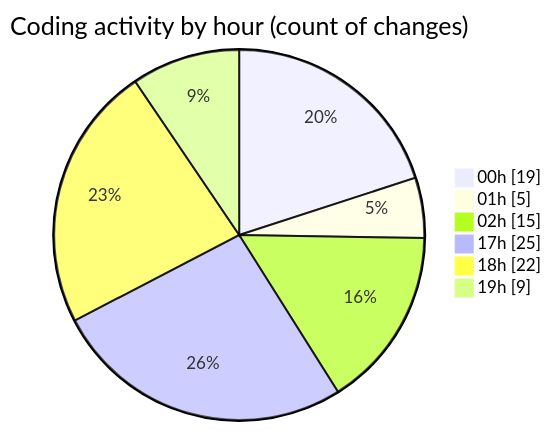
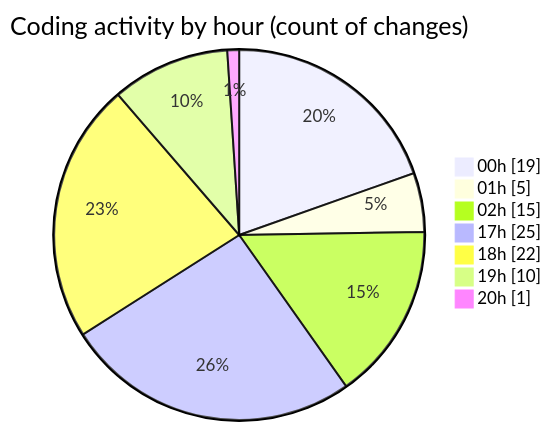
The second of 2 diagrams in 2025-02-14/elitegpt/README.md (Elitesun/code-tracking), drawn with Mermaid before and after one commit. The commit also changed other lines of this file and 1 other file, not shown here.

````diff
--- a/2025-02-14/elitegpt/README.md
+++ b/2025-02-14/elitegpt/README.md
@@ -44,10 +44,11 @@
 ```mermaid
 pie showData
 title Coding activity by hour (count of changes)
 "00h" : 19
 "01h" : 5
 "02h" : 15
 "17h" : 25
 "18h" : 22
-"19h" : 9
+"19h" : 10
+"20h" : 1
 ```
````
